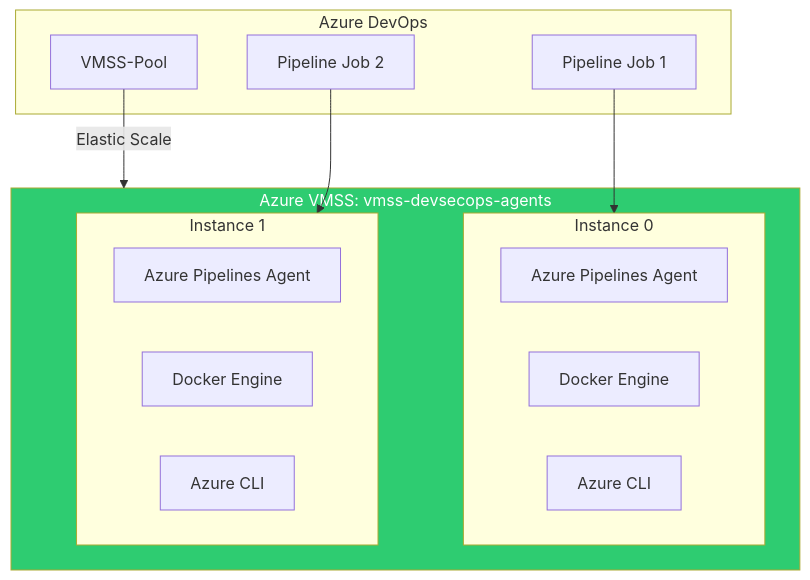
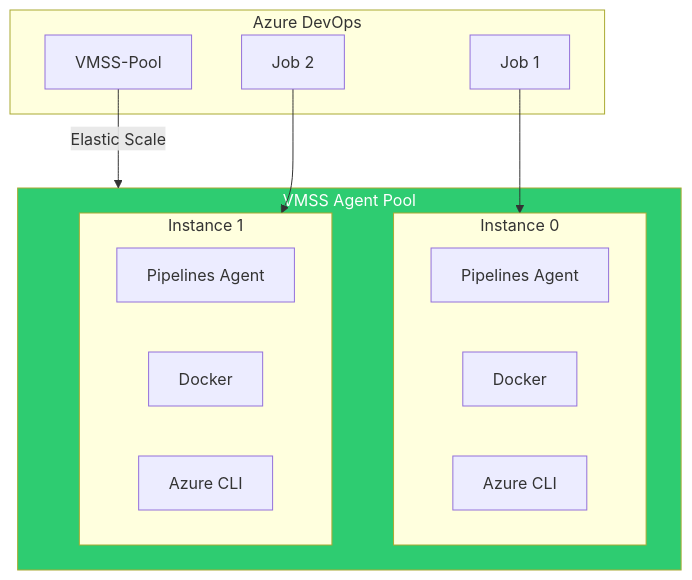
The fifth of 5 diagrams in README.md (Shrinet82/zero-trust-devsecops), drawn with Mermaid before and after one commit. The commit also changed other lines of this file, not shown here.

Commit message:
docs: Fix Mermaid diagram overlap - remove emojis from subgraph names

````diff
--- a/README.md
+++ b/README.md
@@ -267,27 +267,27 @@
 ```mermaid
 graph TB
     subgraph ADO["Azure DevOps"]
         POOL[VMSS-Pool]
-        JOB1[Pipeline Job 1]
-        JOB2[Pipeline Job 2]
+        JOB1[Job 1]
+        JOB2[Job 2]
     end
 
-    subgraph VMSS["Azure VMSS: vmss-devsecops-agents"]
-        subgraph Instance0["Instance 0"]
-            AGENT0[Azure Pipelines Agent]
-            DOCKER0[Docker Engine]
+    subgraph VMSS["VMSS Agent Pool"]
+        subgraph Inst0["Instance 0"]
+            AGENT0[Pipelines Agent]
+            DOCKER0[Docker]
             CLI0[Azure CLI]
         end
-        subgraph Instance1["Instance 1"]
-            AGENT1[Azure Pipelines Agent]
-            DOCKER1[Docker Engine]
+        subgraph Inst1["Instance 1"]
+            AGENT1[Pipelines Agent]
+            DOCKER1[Docker]
             CLI1[Azure CLI]
         end
     end
 
     POOL -->|Elastic Scale| VMSS
-    JOB1 --> Instance0
-    JOB2 --> Instance1
+    JOB1 --> Inst0
+    JOB2 --> Inst1
 
     style VMSS fill:#2ecc71,color:#fff
 ```
````
